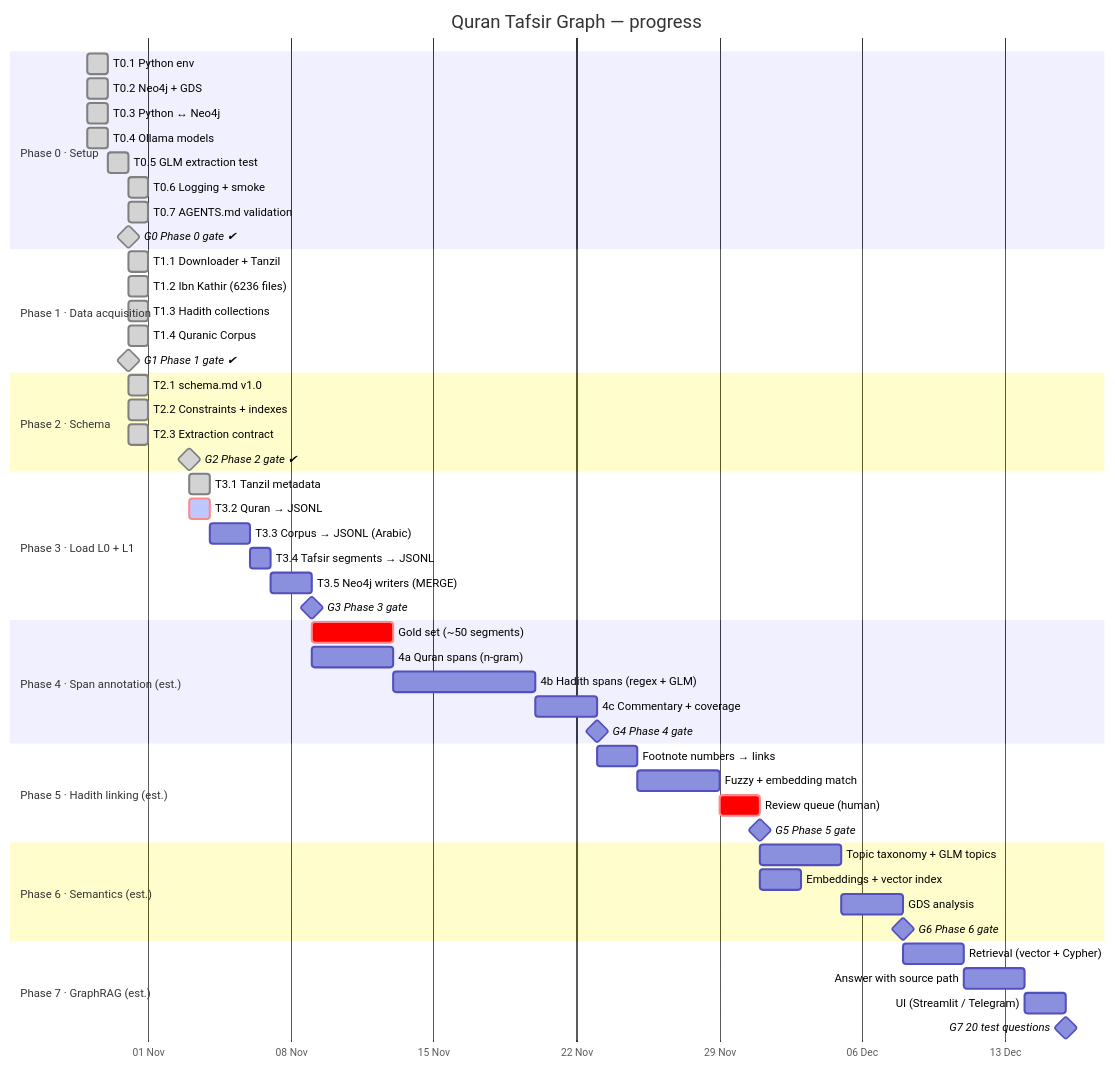
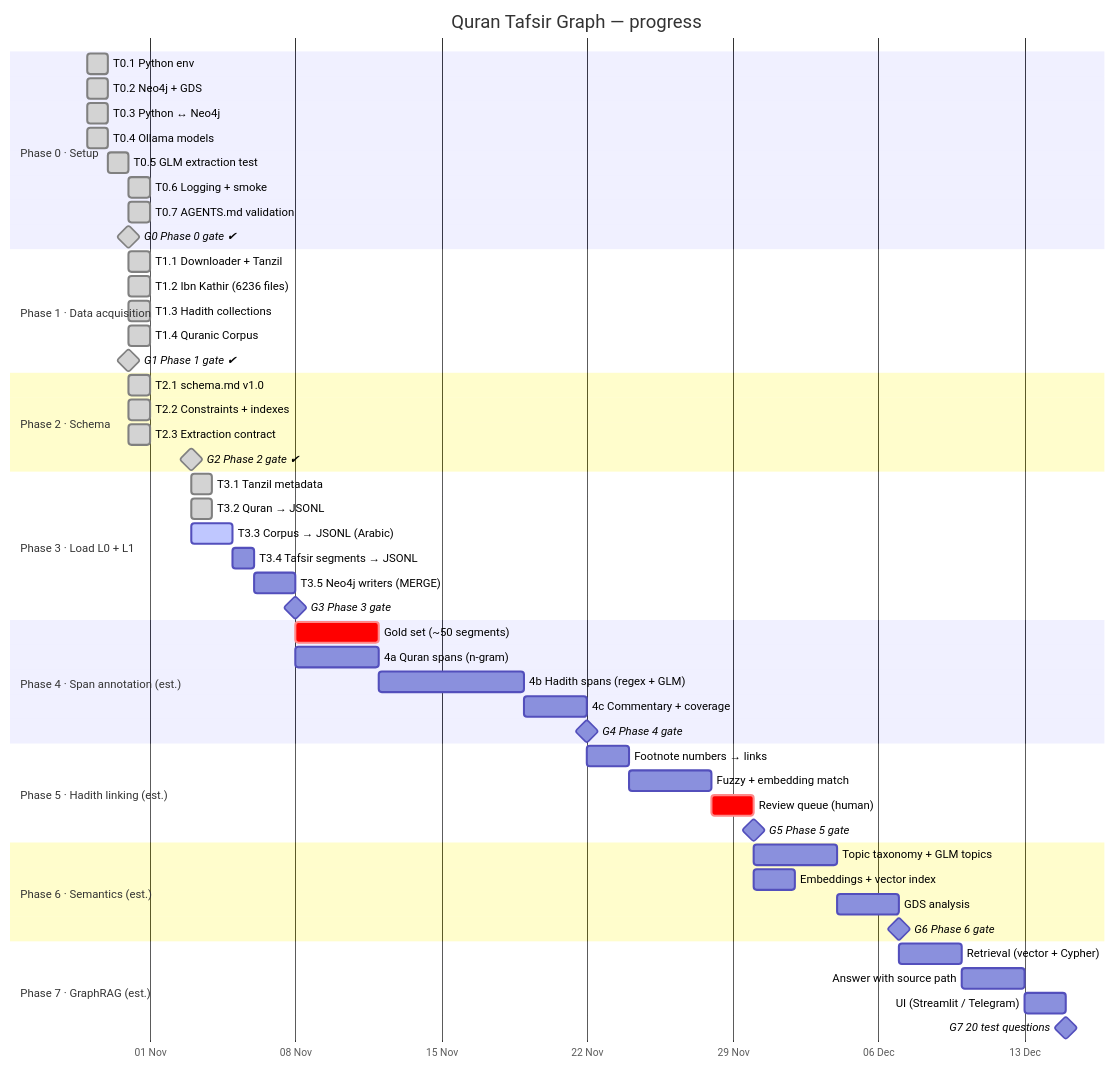
One commit to mohamed-soubhi/quran-graph changed the diagram in docs/GANTT.md. Above: the diagram before and after it, drawn with Mermaid. The commit also changed other lines of this file and 1 other file, not shown here.

Commit message:
T3.2 approved; T3.3 in progress
Claude-Session: https://claude.ai/code/session_01HtCFgjMNEDCf4YewDqZRyf

````diff
--- a/docs/GANTT.md
+++ b/docs/GANTT.md
@@ -9,63 +9,63 @@
 ```mermaid
 gantt
     title Quran Tafsir Graph — progress
     dateFormat YYYY-MM-DD
     axisFormat %d %b
     todayMarker stroke-width:3px,stroke:#d33
 
     section Phase 0 · Setup
     T0.1 Python env                 :done, t01, 2026-10-29, 1d
     T0.2 Neo4j + GDS                :done, t02, 2026-10-29, 1d
     T0.3 Python ↔ Neo4j             :done, t03, 2026-10-29, 1d
     T0.4 Ollama models              :done, t04, 2026-10-29, 1d
     T0.5 GLM extraction test        :done, t05, 2026-10-30, 1d
     T0.6 Logging + smoke            :done, t06, 2026-10-31, 1d
     T0.7 AGENTS.md validation       :done, t07, 2026-10-31, 1d
     G0 Phase 0 gate ✔               :milestone, done, g0, 2026-10-31, 0d
 
     section Phase 1 · Data acquisition
     T1.1 Downloader + Tanzil        :done, t11, 2026-10-31, 1d
     T1.2 Ibn Kathir (6236 files)    :done, t12, 2026-10-31, 1d
     T1.3 Hadith collections         :done, t13, 2026-10-31, 1d
     T1.4 Quranic Corpus            :done, t14, 2026-10-31, 1d
     G1 Phase 1 gate ✔               :milestone, done, g1, 2026-10-31, 0d
 
     section Phase 2 · Schema
     T2.1 schema.md v1.0            :done, t21, 2026-10-31, 1d
     T2.2 Constraints + indexes      :done, t22, 2026-10-31, 1d
     T2.3 Extraction contract        :done, t23, 2026-10-31, 1d
     G2 Phase 2 gate ✔               :milestone, done, g2, 2026-11-03, 0d
 
     section Phase 3 · Load L0 + L1
     T3.1 Tanzil metadata            :done, t31, 2026-11-03, 1d
-    T3.2 Quran → JSONL              :crit, active, t32, 2026-11-03, 1d
-    T3.3 Corpus → JSONL (Arabic)    :t33, after t32, 2d
+    T3.2 Quran → JSONL              :done, t32, 2026-11-03, 1d
+    T3.3 Corpus → JSONL (Arabic)    :active, t33, 2026-11-03, 2d
     T3.4 Tafsir segments → JSONL    :t34, after t33, 1d
     T3.5 Neo4j writers (MERGE)      :p3b, after t34, 2d
     G3 Phase 3 gate                 :milestone, g3, after p3b, 0d
 
     section Phase 4 · Span annotation (est.)
     Gold set (~50 segments)         :crit, p4g, after g3, 4d
     4a Quran spans (n-gram)         :p4a, after g3, 4d
     4b Hadith spans (regex + GLM)   :p4b, after p4a, 7d
     4c Commentary + coverage        :p4c, after p4b, 3d
     G4 Phase 4 gate                 :milestone, g4, after p4c, 0d
 
     section Phase 5 · Hadith linking (est.)
     Footnote numbers → links        :p5a, after g4, 2d
     Fuzzy + embedding match         :p5b, after p5a, 4d
     Review queue (human)            :crit, p5c, after p5b, 2d
     G5 Phase 5 gate                 :milestone, g5, after p5c, 0d
 
     section Phase 6 · Semantics (est.)
     Topic taxonomy + GLM topics     :p6a, after g5, 4d
     Embeddings + vector index       :p6b, after g5, 2d
     GDS analysis                    :p6c, after p6a, 3d
     G6 Phase 6 gate                 :milestone, g6, after p6c, 0d
 
     section Phase 7 · GraphRAG (est.)
     Retrieval (vector + Cypher)     :p7a, after g6, 3d
     Answer with source path         :p7b, after p7a, 3d
     UI (Streamlit / Telegram)       :p7c, after p7b, 2d
     G7 20 test questions            :milestone, g7, after p7c, 0d
 ```
````
